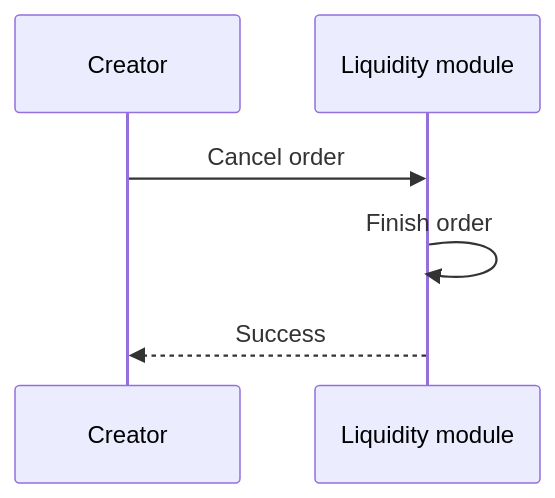
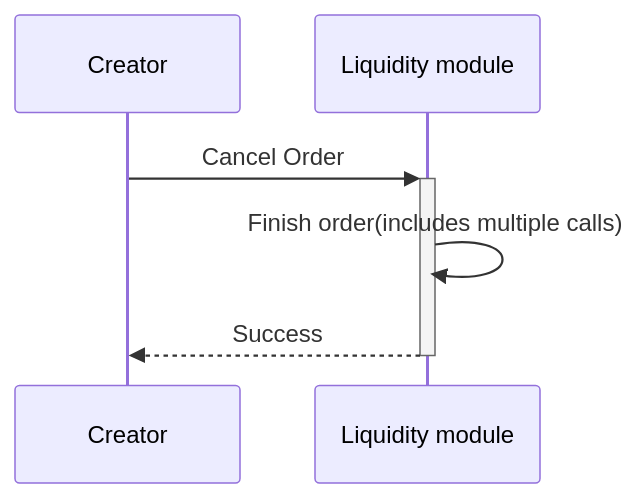
One commit to MANTRA-Chain/mantrachain changed the eighth of 10 diagrams in x/liquidity/spec/09_txs_flows.md. Above: the diagram before and after it, drawn with Mermaid. The commit also changed other lines of this file and 12 other files, not shown here.

Commit message:
docs: add update txs flows docs

````diff
--- a/x/liquidity/spec/09_txs_flows.md
+++ b/x/liquidity/spec/09_txs_flows.md
@@ -79,6 +104,6 @@
 ```mermaid
 sequenceDiagram
-Creator ->> Liquidity module: Cancel order
-Liquidity module->>Liquidity module: Finish order
-Liquidity module-->> Creator: Success
+Creator->>+Liquidity module: Cancel Order
+Liquidity module->>Liquidity module: Finish order(includes multiple calls)
+Liquidity module-->>-Creator: Success
 ```
````
